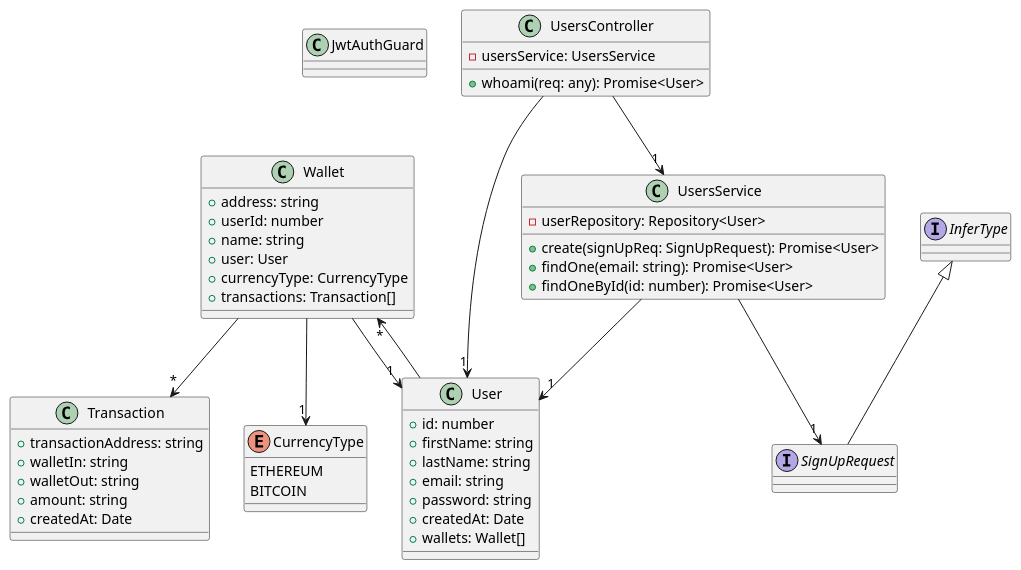
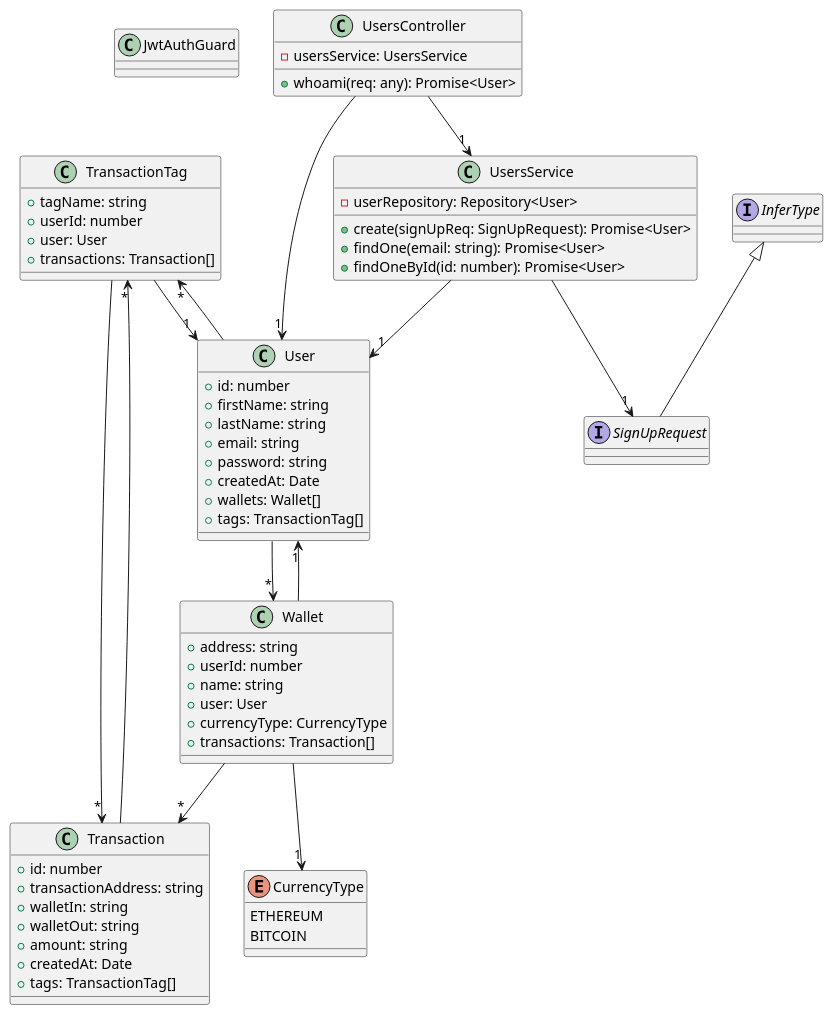
The diagram in packages/docs/diagrams/class_diagram_api_users.puml (SOEN-490-Capstone/Cryptify), drawn with PlantUML before and after one commit. The commit also changed 23 other files, not shown here.

Commit message:
Add diagrams and up types to interfaces

```diff
--- a/packages/docs/diagrams/class_diagram_api_users.puml
+++ b/packages/docs/diagrams/class_diagram_api_users.puml
@@ -1,50 +1,63 @@
 @startuml
 class JwtAuthGuard
+class TransactionTag {
+    +tagName: string
+    +userId: number
+    +user: User
+    +transactions: Transaction[]
+}
 class Transaction {
+    +id: number
     +transactionAddress: string
     +walletIn: string
     +walletOut: string
     +amount: string
     +createdAt: Date
+    +tags: TransactionTag[]
 }
 enum CurrencyType {
     ETHEREUM
     BITCOIN
 }
 class Wallet {
     +address: string
     +userId: number
     +name: string
     +user: User
     +currencyType: CurrencyType
     +transactions: Transaction[]
 }
 class User {
     +id: number
     +firstName: string
     +lastName: string
     +email: string
     +password: string
     +createdAt: Date
     +wallets: Wallet[]
+    +tags: TransactionTag[]
 }
 interface SignUpRequest extends InferType
 class UsersService {
     -userRepository: Repository<User>
     +create(signUpReq: SignUpRequest): Promise<User>
     +findOne(email: string): Promise<User>
     +findOneById(id: number): Promise<User>
 }
 class UsersController {
     -usersService: UsersService
     +whoami(req: any): Promise<User>
 }
+TransactionTag --> "1" User
+TransactionTag --> "*" Transaction
+Transaction --> "*" TransactionTag
 Wallet --> "1" User
 Wallet --> "1" CurrencyType
 Wallet --> "*" Transaction
 User --> "*" Wallet
+User --> "*" TransactionTag
 UsersService --> "1" User
 UsersService --> "1" SignUpRequest
 UsersController --> "1" UsersService
 UsersController --> "1" User
 @enduml
```
